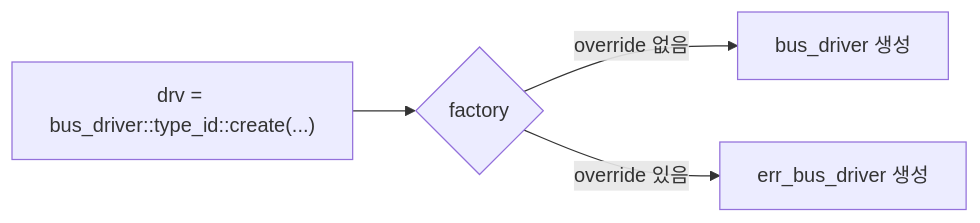
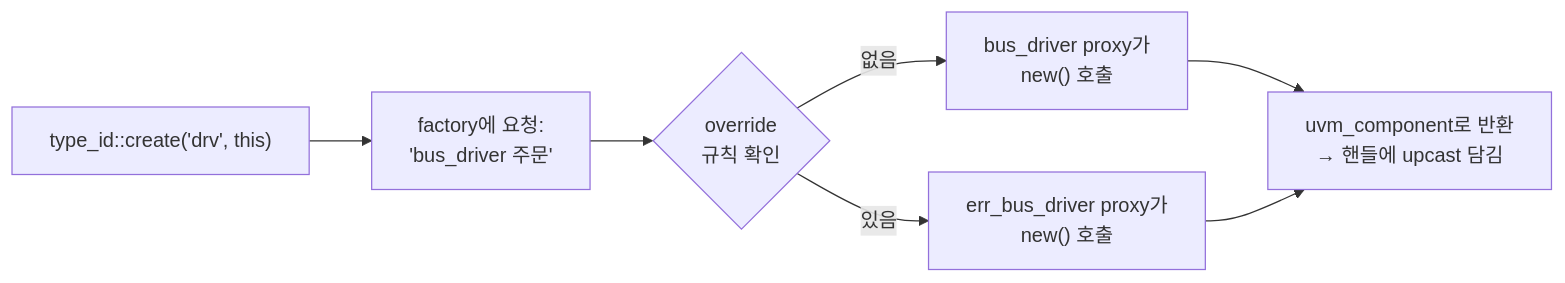
Before and after one commit to jwj-nick/uvm-drill: the diagram in content/a/part2/factory.md, drawn with Mermaid. The commit also changed other lines of this file and 8 other files, not shown here.

````diff
--- a/content/a/part2/factory.md
+++ b/content/a/part2/factory.md
@@ -44,6 +89,8 @@
 ```mermaid
 flowchart LR
-  CODE["drv = bus_driver::type_id::create(...)"] --> F{factory}
-  F -->|override 없음| A[bus_driver 생성]
-  F -->|override 있음| B[err_bus_driver 생성]
+  A["type_id::create('drv', this)"] --> B["factory에 요청:<br/>'bus_driver 주문'"]
+  B --> C{override<br/>규칙 확인}
+  C -->|없음| D["bus_driver proxy가<br/>new() 호출"]
+  C -->|있음| E["err_bus_driver proxy가<br/>new() 호출"]
+  D & E --> F["uvm_component로 반환<br/>→ 핸들에 upcast 담김"]
 ```
````
